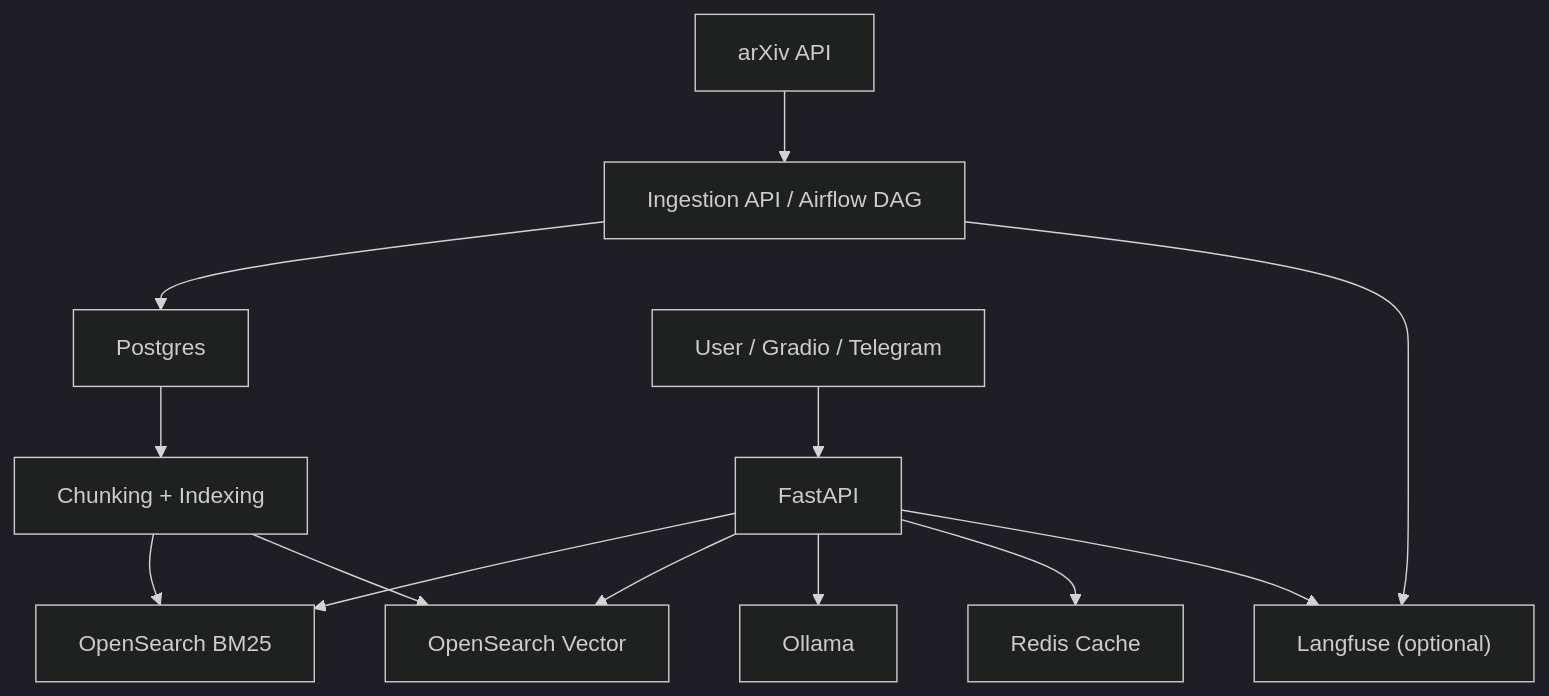
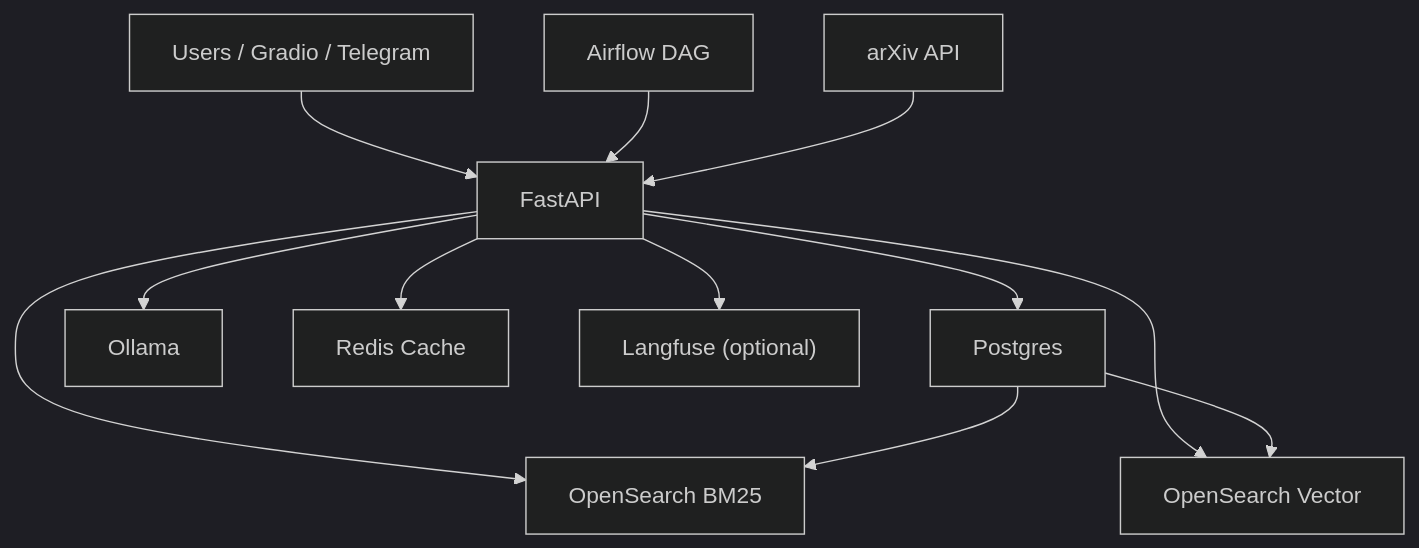
The diagram in README.md (itanmaysharma/arxiv-research-copilot), drawn with Mermaid (dark theme) before and after one commit.

Commit message:
docs: correction in README

````diff
--- a/README.md
+++ b/README.md
@@ -43,15 +43,16 @@
 ```mermaid
 graph TB
-    A["arXiv API"] --> B["Ingestion API / Airflow DAG"]
-    B --> C["Postgres"]
-    C --> D["Chunking + Indexing"]
-    D --> E["OpenSearch BM25"]
-    D --> F["OpenSearch Vector"]
-    G["User / Gradio / Telegram"] --> H["FastAPI"]
-    H --> E
-    H --> F
-    H --> I["Ollama"]
-    H --> J["Redis Cache"]
-    H --> K["Langfuse (optional)"]
-    B --> K
+    A["Users / Gradio / Telegram"] --> B["FastAPI"]
+    C["Airflow DAG"] --> B
+    D["arXiv API"] --> B
+
+    B --> E["Postgres"]
+    B --> F["OpenSearch BM25"]
+    B --> G["OpenSearch Vector"]
+    B --> H["Ollama"]
+    B --> I["Redis Cache"]
+    B --> J["Langfuse (optional)"]
+
+    E --> F
+    E --> G
 ```
````
